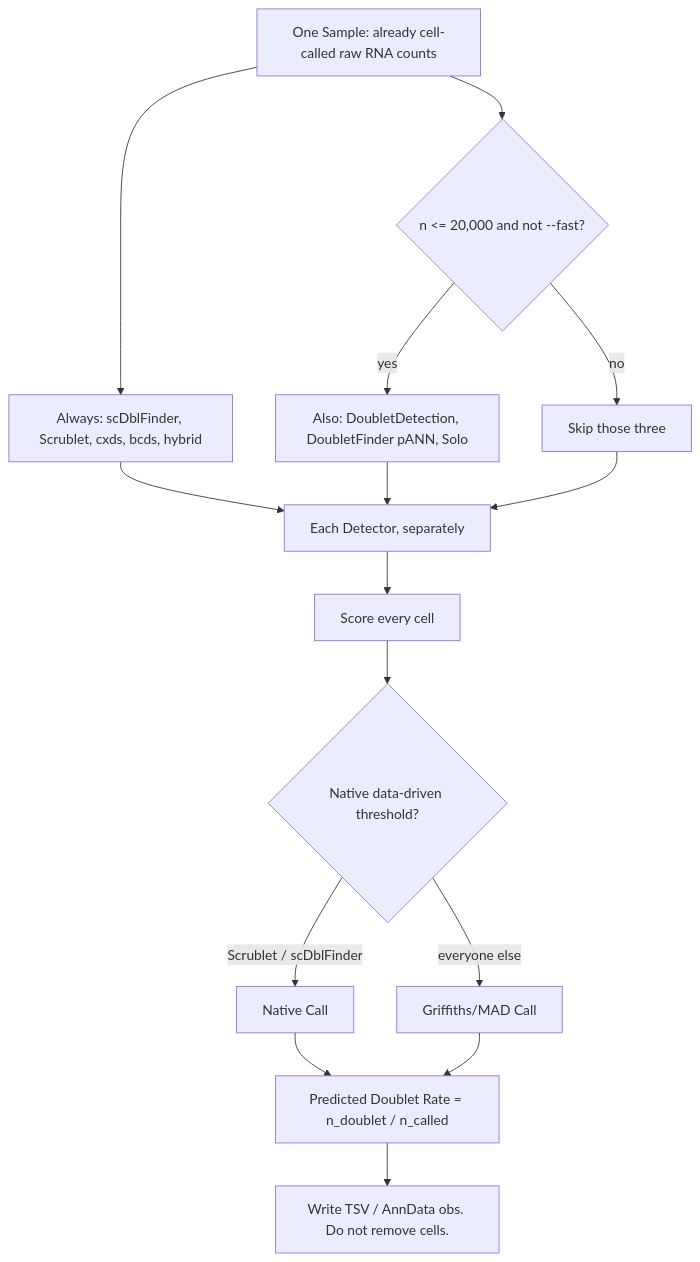
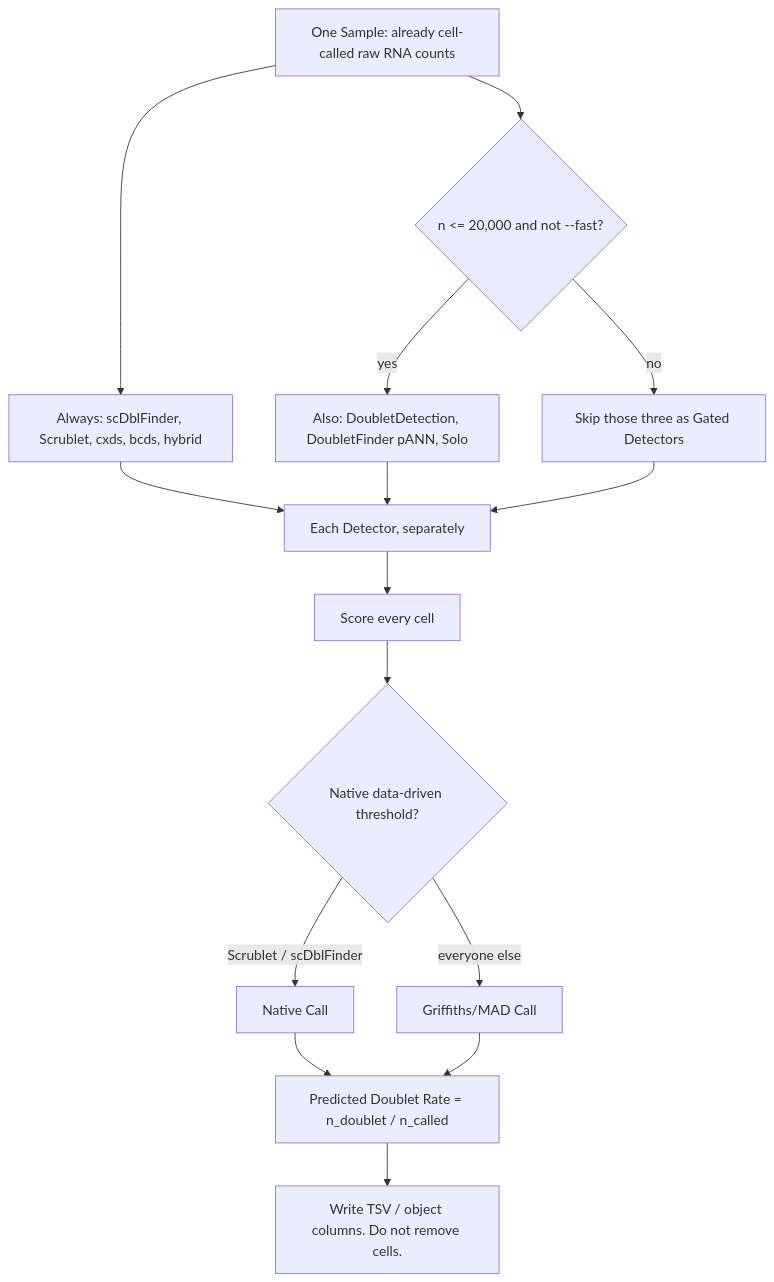
Before and after one commit to bio-apple/doublet: the diagram in README.md, drawn with Mermaid. The commit also changed other lines of this file and 17 other files, not shown here.

````diff
--- a/README.md
+++ b/README.md
@@ -9,18 +9,18 @@
 ```mermaid
 flowchart TD
   S["One Sample: already cell-called raw RNA counts"]
   S --> A["Always: scDblFinder, Scrublet, cxds, bcds, hybrid"]
   S --> Q{"n <= 20,000 and not --fast?"}
   Q -->|yes| B["Also: DoubletDetection, DoubletFinder pANN, Solo"]
-  Q -->|no| K["Skip those three"]
+  Q -->|no| K["Skip those three as Gated Detectors"]
   A --> P["Each Detector, separately"]
   B --> P
   K --> P
   P --> SC["Score every cell"]
   SC --> C{"Native data-driven threshold?"}
   C -->|Scrublet / scDblFinder| NC["Native Call"]
   C -->|everyone else| MC["Griffiths/MAD Call"]
   NC --> R["Predicted Doublet Rate = n_doublet / n_called"]
   MC --> R
-  R --> O["Write TSV / AnnData obs. Do not remove cells."]
+  R --> O["Write TSV / object columns. Do not remove cells."]
 ```
````
